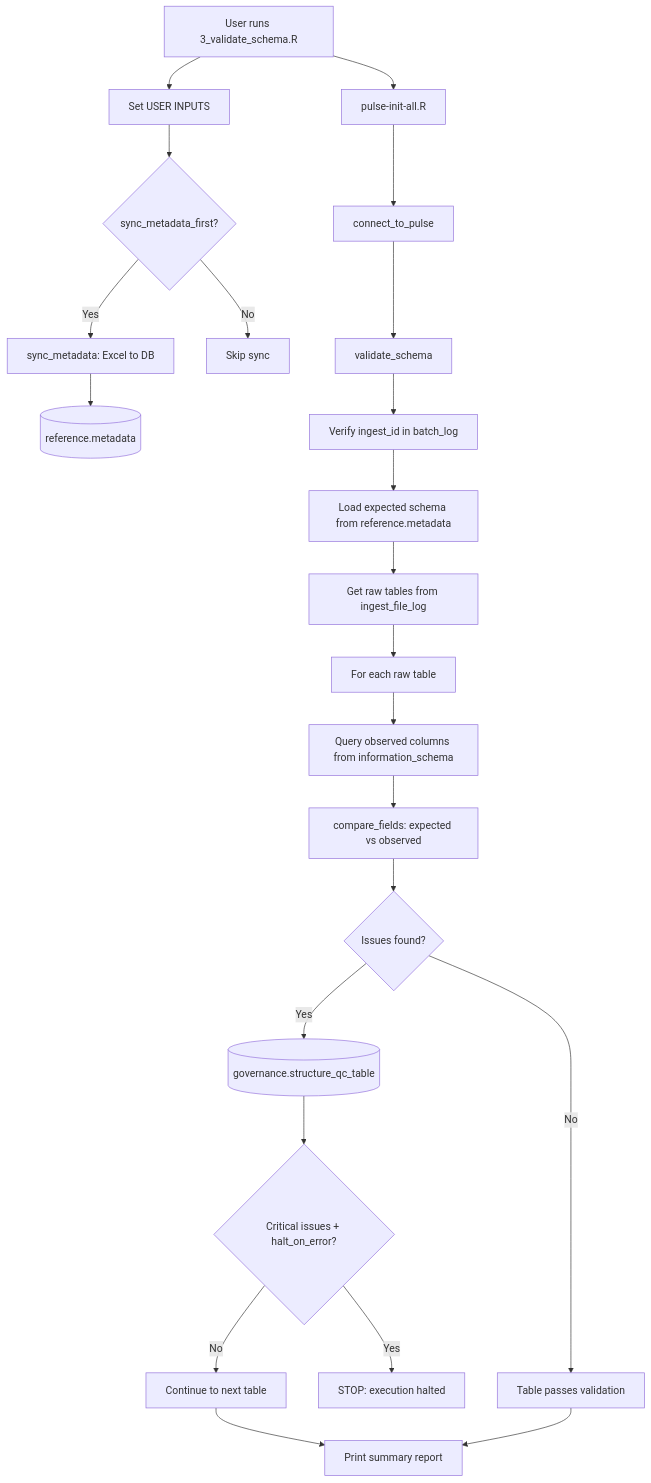
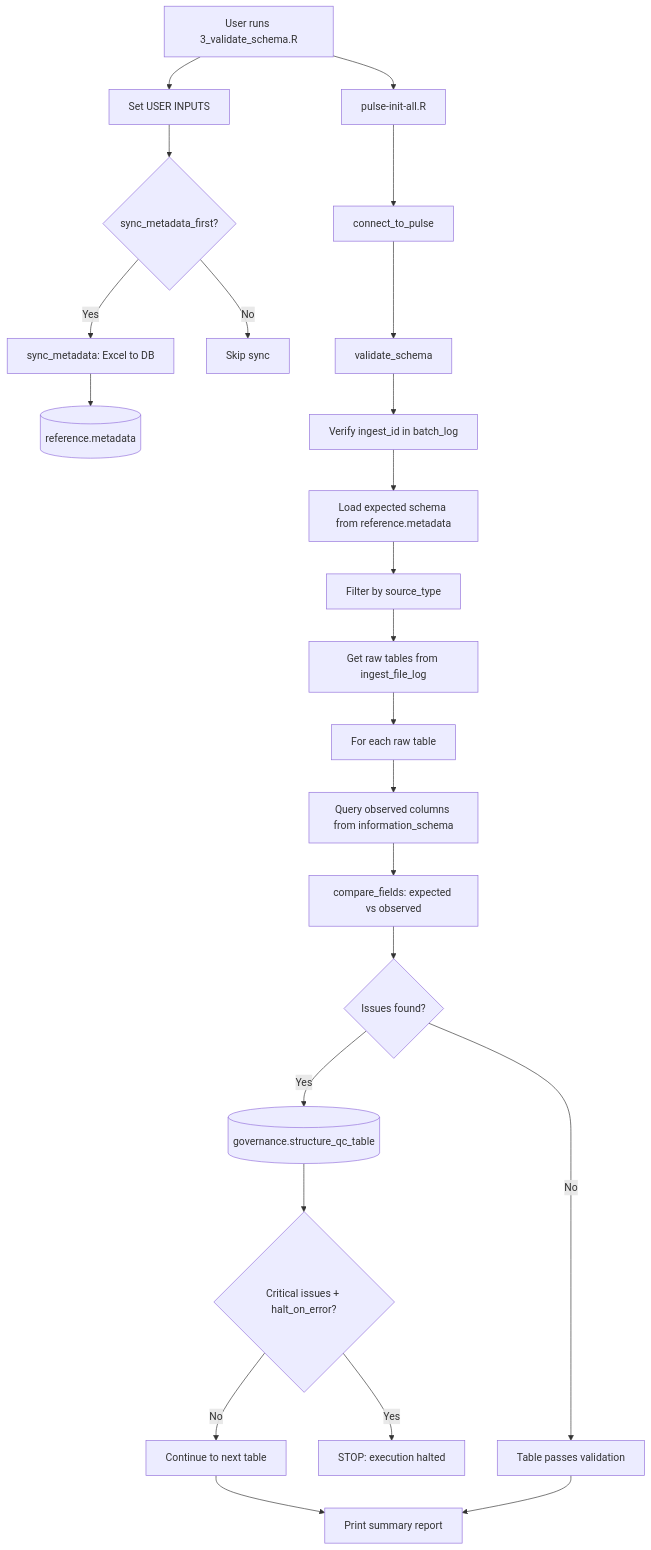
Before and after one commit to NBrittonPhD/pulse-pipeline: the third of 4 diagrams in README.md, drawn with Mermaid. The commit also changed other lines of this file and 26 other files, not shown here.

````diff
--- a/README.md
+++ b/README.md
@@ -304,31 +305,32 @@
 ```mermaid
 flowchart TD
     A[User runs 3_validate_schema.R] --> B[pulse-init-all.R]
     A --> C[Set USER INPUTS]
     B --> D[connect_to_pulse]
 
     C --> E{sync_metadata_first?}
     E -->|Yes| F[sync_metadata: Excel to DB]
     F --> G[(reference.metadata)]
     E -->|No| H[Skip sync]
 
     D --> I[validate_schema]
     I --> J[Verify ingest_id in batch_log]
     J --> K[Load expected schema from reference.metadata]
-    K --> L[Get raw tables from ingest_file_log]
+    K --> K2[Filter by source_type]
+    K2 --> L[Get raw tables from ingest_file_log]
 
     L --> M[For each raw table]
     M --> N[Query observed columns from information_schema]
     N --> O[compare_fields: expected vs observed]
 
     O --> P{Issues found?}
     P -->|Yes| Q[(governance.structure_qc_table)]
     P -->|No| R[Table passes validation]
 
     Q --> S{Critical issues + halt_on_error?}
     S -->|Yes| T[STOP: execution halted]
     S -->|No| U[Continue to next table]
 
     U --> V[Print summary report]
     R --> V
 ```
````
